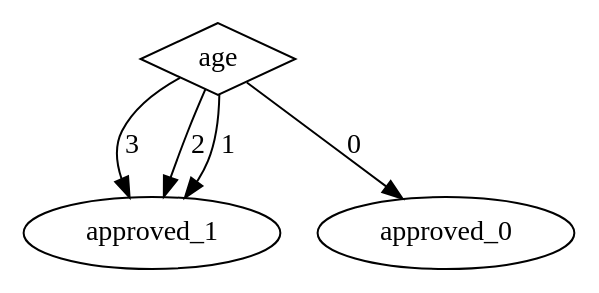
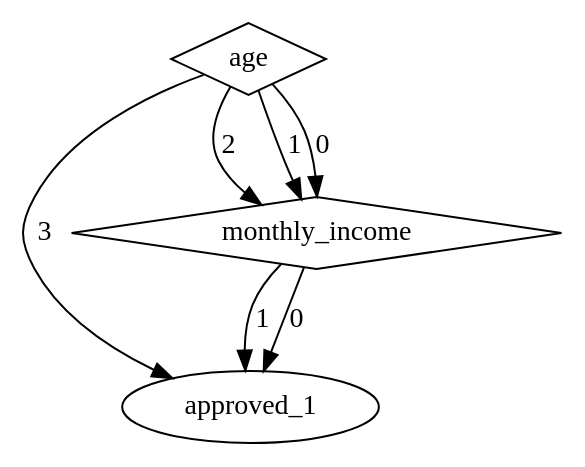
One commit to torfah/synplicate changed the diagram in examples/loan_acquisition/program/program2.dot. Above: the diagram before and after it, drawn with Graphviz. The commit also changed 39 other files, not shown here.

```diff
--- a/examples/loan_acquisition/program/program2.dot
+++ b/examples/loan_acquisition/program/program2.dot
@@ -1,12 +1,14 @@
 digraph {
 node [label=approved_1,style=""] approved_1
 node [label=approved_1,style=""] approved_1
 node [label=approved_1,style=""] approved_1
-node [label=approved_0,style=""] approved_0
+node [label=monthly_income,shape="diamond",style=""] 1
 node [label=age,shape="diamond",style=""] 0
 
+1 -> approved_1 [label="1"]
+1 -> approved_1 [label="0"]
 0 -> approved_1 [label="3"]
-0 -> approved_1 [label="2"]
-0 -> approved_1 [label="1"]
-0 -> approved_0 [label="0"]
+0 -> 1 [label="2"]
+0 -> 1 [label="1"]
+0 -> 1 [label="0"]
 }
```
